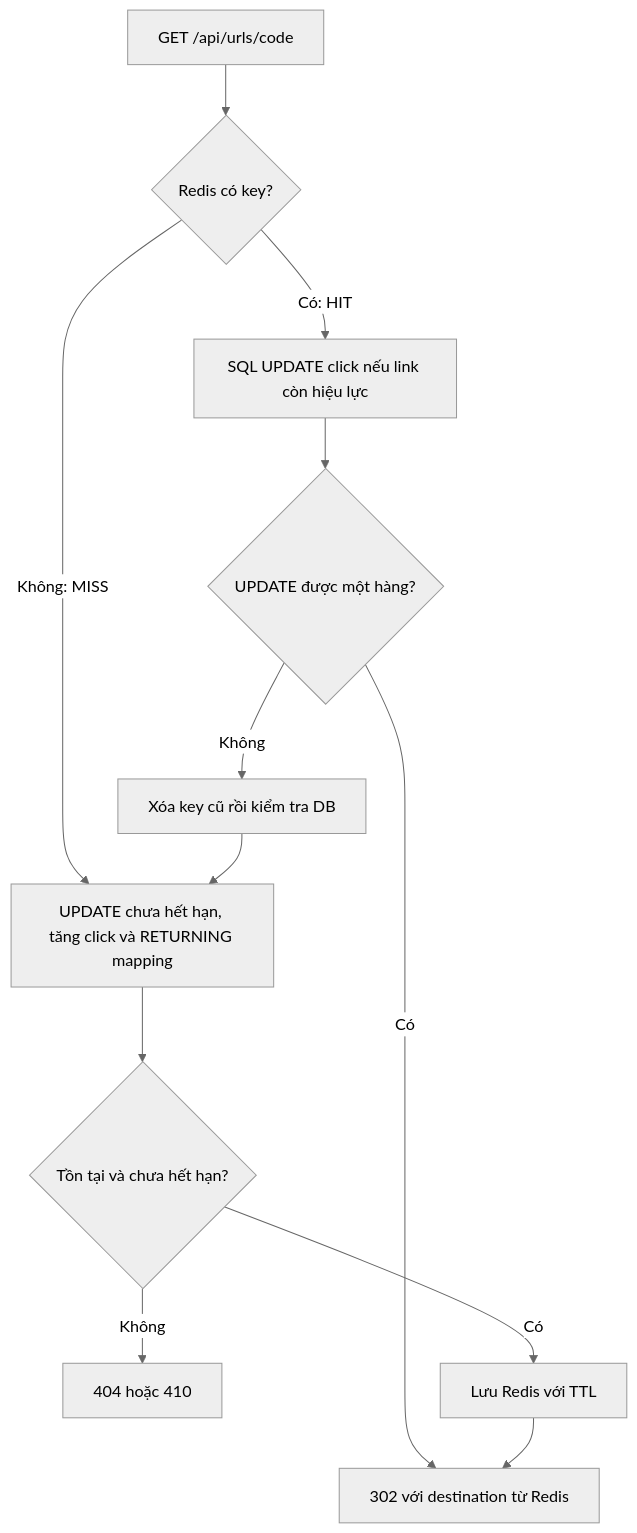
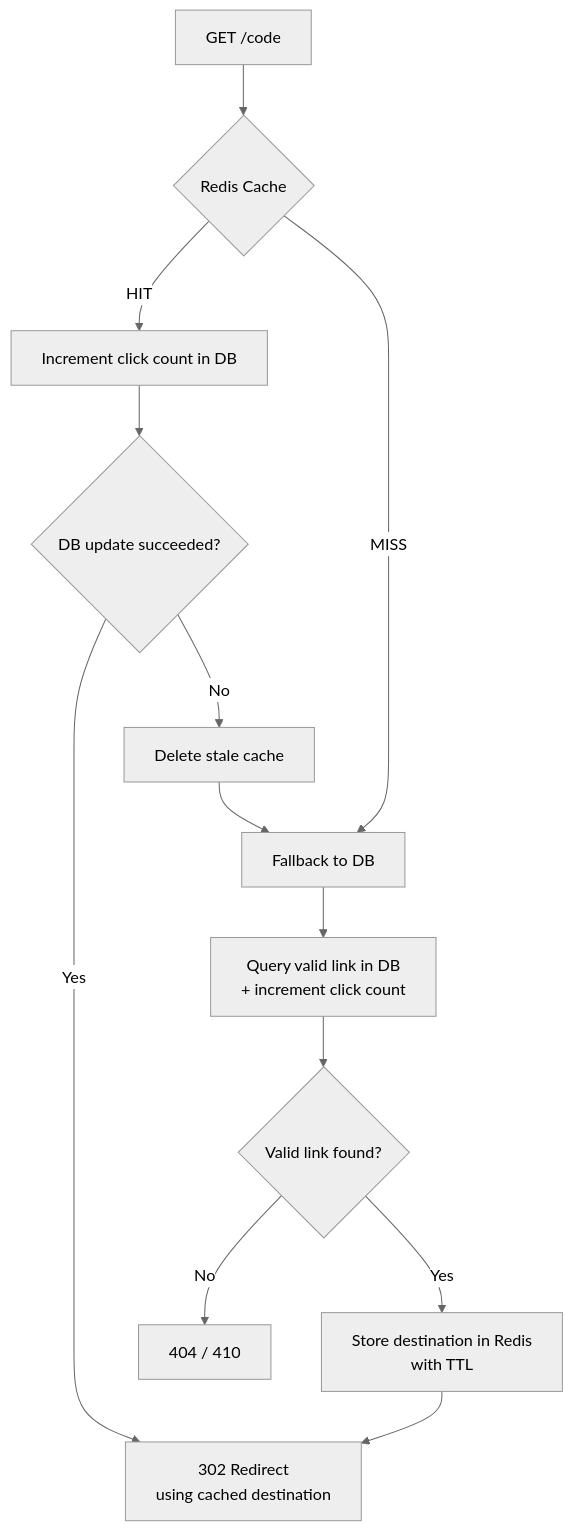
Before and after one commit to zaabinh/url-shortener: the first of 2 diagrams in docker_integration.md, drawn with Mermaid (neutral theme). The commit also changed other lines of this file and 7 other files, not shown here.

````diff
--- a/docker_integration.md
+++ b/docker_integration.md
@@ -967,14 +967,20 @@
 ```mermaid
 flowchart TD
-    A[GET /api/urls/code] --> B{Redis có key?}
-    B -- Không: MISS --> C[UPDATE chưa hết hạn, tăng click và RETURNING mapping]
-    C --> D{Tồn tại và chưa hết hạn?}
-    D -- Không --> E[404 hoặc 410]
-    D -- Có --> F[Lưu Redis với TTL]
-    B -- Có: HIT --> G[SQL UPDATE click nếu link còn hiệu lực]
-    G --> H{UPDATE được một hàng?}
-    H -- Có --> I[302 với destination từ Redis]
-    H -- Không --> J[Xóa key cũ rồi kiểm tra DB]
-    J --> C
-    F --> I
+    A[GET /code] --> B{Redis Cache}
+
+    B -- HIT --> C[Increment click count in DB]
+    C --> D{DB update succeeded?}
+
+    D -- Yes --> E[302 Redirect<br/>using cached destination]
+    D -- No --> F[Delete stale cache]
+    F --> G[Fallback to DB]
+
+    B -- MISS --> G
+
+    G --> H[Query valid link in DB<br/>+ increment click count]
+    H --> I{Valid link found?}
+
+    I -- No --> J[404 / 410]
+    I -- Yes --> K[Store destination in Redis<br/>with TTL]
+    K --> E
 ```
````
